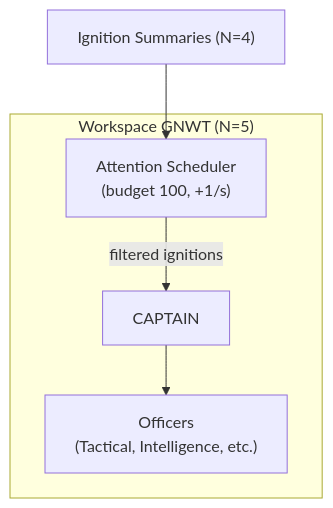
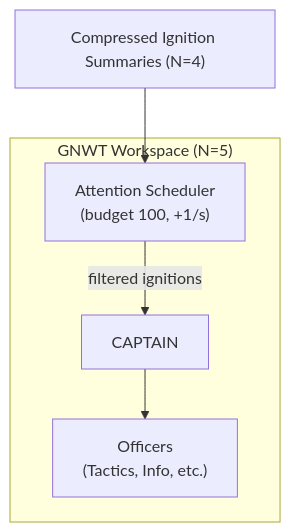
The fifth of 9 diagrams in architecture/architecture.md (AlainCo/GNWT-Garrigue-X-en), drawn with Mermaid before and after one commit. The commit also changed other lines of this file and 10 other files, not shown here.

````diff
--- a/architecture/architecture.md
+++ b/architecture/architecture.md
@@ -100,12 +99,12 @@
 ```mermaid
 flowchart TD
-    subgraph Workspace ["Workspace GNWT (N=5)"]
+    subgraph Workspace ["GNWT Workspace (N=5)"]
         Sched["Attention Scheduler\n(budget 100, +1/s)"]
-        Capitaine["CAPTAIN"]
-        Officiers["Officers\n(Tactical, Intelligence, etc.)"]
+        Captain["CAPTAIN"]
+        Officers["Officers\n(Tactics, Info, etc.)"]
     end
 
-    N4["Ignition Summaries (N=4)"] --> Sched
-    Sched -->|"filtered ignitions"| Capitaine
-    Capitaine --> Officiers
+    SubN4["Compressed Ignition Summaries (N=4)"] --> Sched
+    Sched -->|"filtered ignitions"| Captain
+    Captain --> Officers
 ```
````
